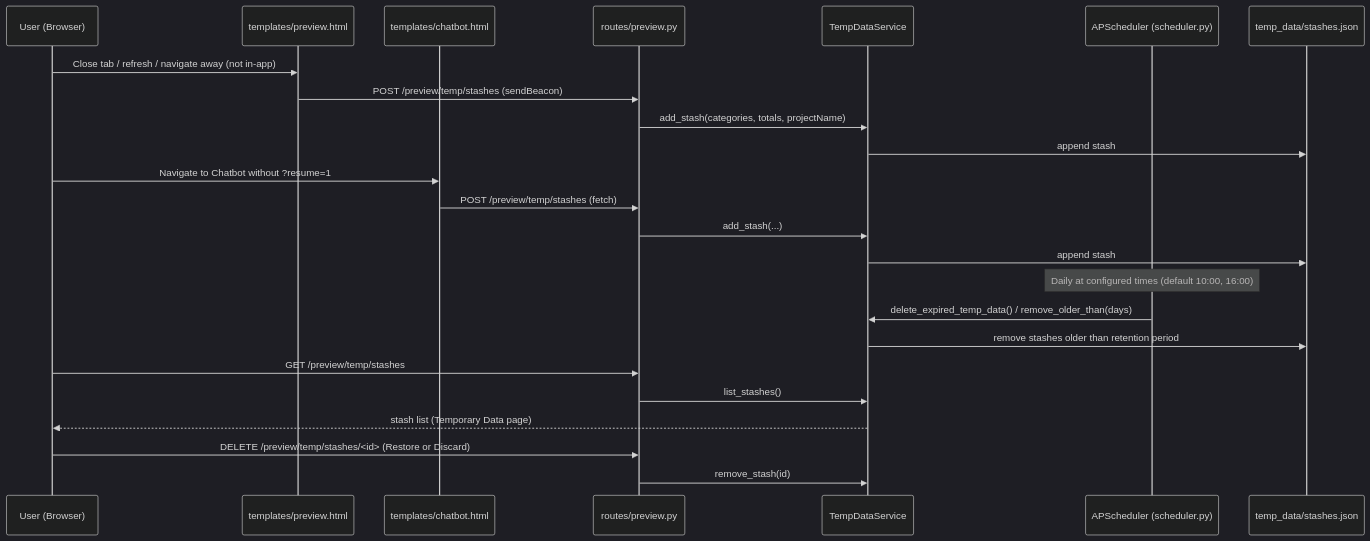
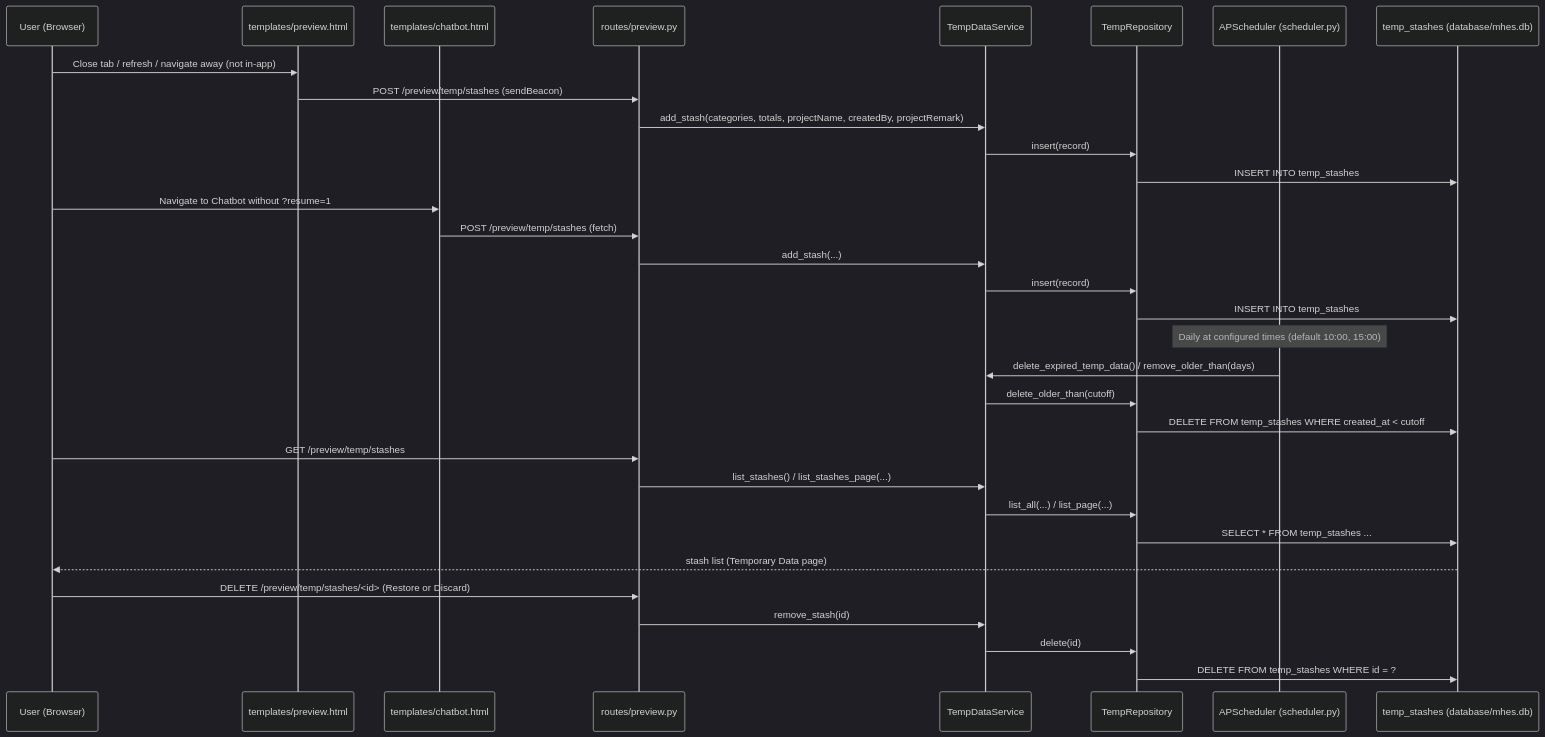
Before and after one commit to nhlynn/manhour-prediction: the fifth of 5 diagrams in docs/ARCHITECTURE.md, drawn with Mermaid (dark theme). The commit also changed other lines of this file and 17 other files, not shown here.

````diff
--- a/docs/ARCHITECTURE.md
+++ b/docs/ARCHITECTURE.md
@@ -375,30 +507,38 @@
 ```mermaid
 sequenceDiagram
     participant U as User (Browser)
     participant P as templates/preview.html
     participant C as templates/chatbot.html
     participant R as routes/preview.py
     participant TS as TempDataService
+    participant Repo as TempRepository
     participant Sched as APScheduler (scheduler.py)
-    participant FS as temp_data/stashes.json
+    participant DB as temp_stashes (database/mhes.db)
 
     U->>P: Close tab / refresh / navigate away (not in-app)
     P->>R: POST /preview/temp/stashes (sendBeacon)
-    R->>TS: add_stash(categories, totals, projectName)
-    TS->>FS: append stash
+    R->>TS: add_stash(categories, totals, projectName, createdBy, projectRemark)
+    TS->>Repo: insert(record)
+    Repo->>DB: INSERT INTO temp_stashes
 
     U->>C: Navigate to Chatbot without ?resume=1
     C->>R: POST /preview/temp/stashes (fetch)
     R->>TS: add_stash(...)
-    TS->>FS: append stash
+    TS->>Repo: insert(record)
+    Repo->>DB: INSERT INTO temp_stashes
 
-    Note over Sched: Daily at configured times (default 10:00, 16:00)
+    Note over Sched: Daily at configured times (default 10:00, 15:00)
     Sched->>TS: delete_expired_temp_data() / remove_older_than(days)
-    TS->>FS: remove stashes older than retention period
+    TS->>Repo: delete_older_than(cutoff)
+    Repo->>DB: DELETE FROM temp_stashes WHERE created_at < cutoff
 
     U->>R: GET /preview/temp/stashes
-    R->>TS: list_stashes()
-    TS-->>U: stash list (Temporary Data page)
+    R->>TS: list_stashes() / list_stashes_page(...)
+    TS->>Repo: list_all(...) / list_page(...)
+    Repo->>DB: SELECT * FROM temp_stashes ...
+    DB-->>U: stash list (Temporary Data page)
     U->>R: DELETE /preview/temp/stashes/<id> (Restore or Discard)
     R->>TS: remove_stash(id)
+    TS->>Repo: delete(id)
+    Repo->>DB: DELETE FROM temp_stashes WHERE id = ?
 ```
````
